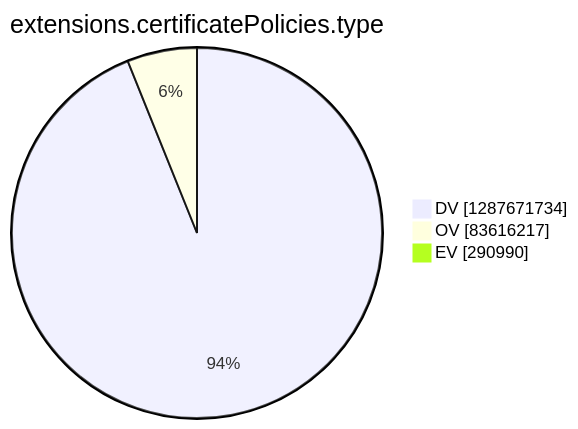
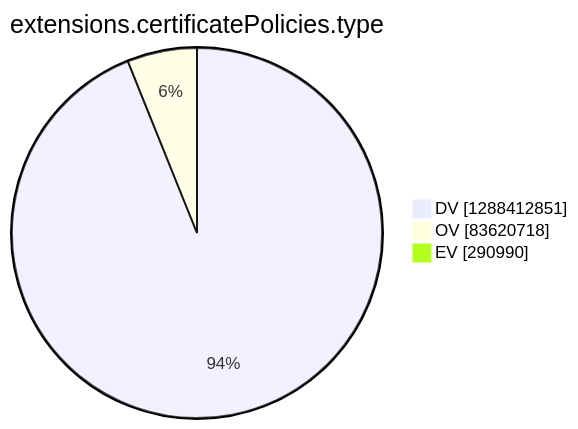
One commit to christiankrug/ctmonitor_visualization changed the tenth of 15 diagrams in argon2022/README.md. Above: the diagram before and after it, drawn with Mermaid. The commit also changed other lines of this file, not shown here.

````diff
--- a/argon2022/README.md
+++ b/argon2022/README.md
@@ -2771,7 +2771,7 @@
 ```mermaid
 pie showData
 title extensions.certificatePolicies.type
-"DV" :1287671734
-"OV" :83616217
+"DV" :1288412851
+"OV" :83620718
 "EV" :290990
 ```
````
